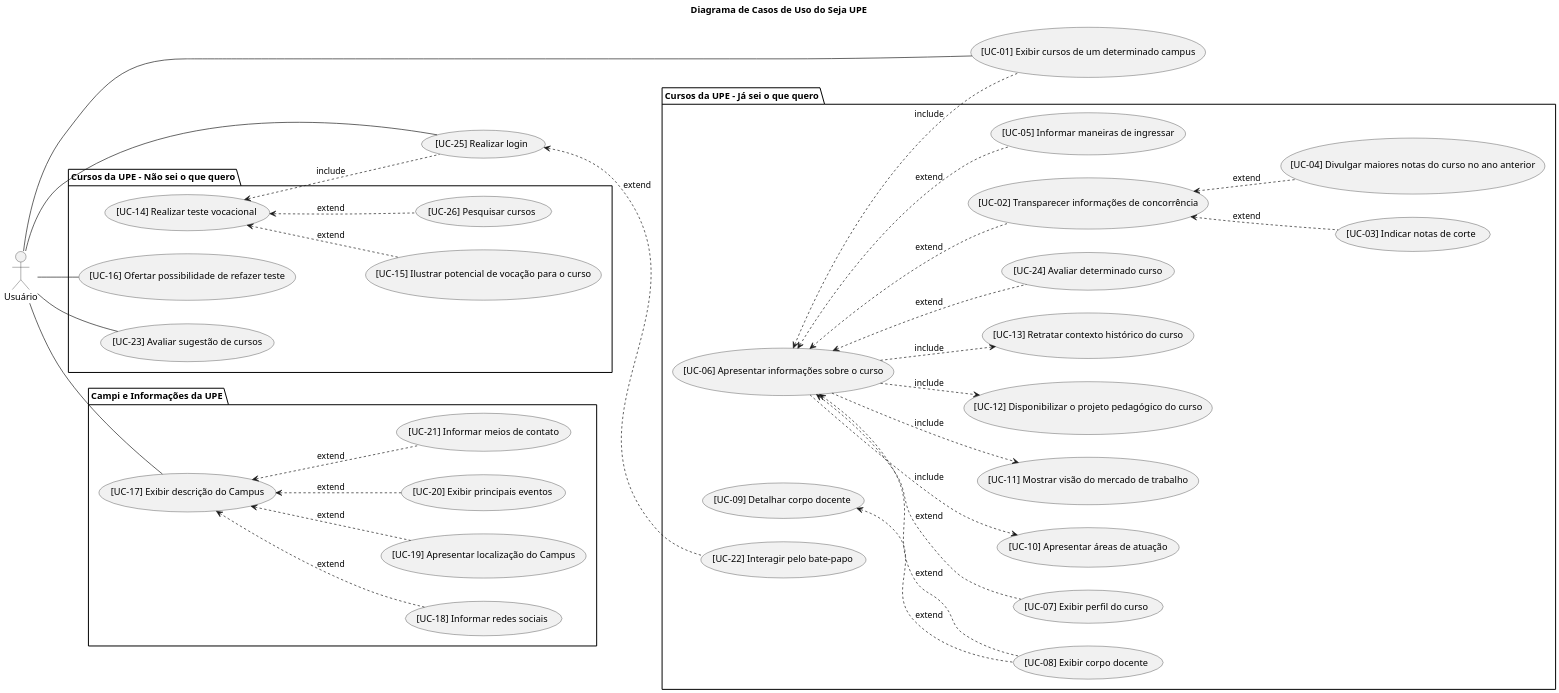
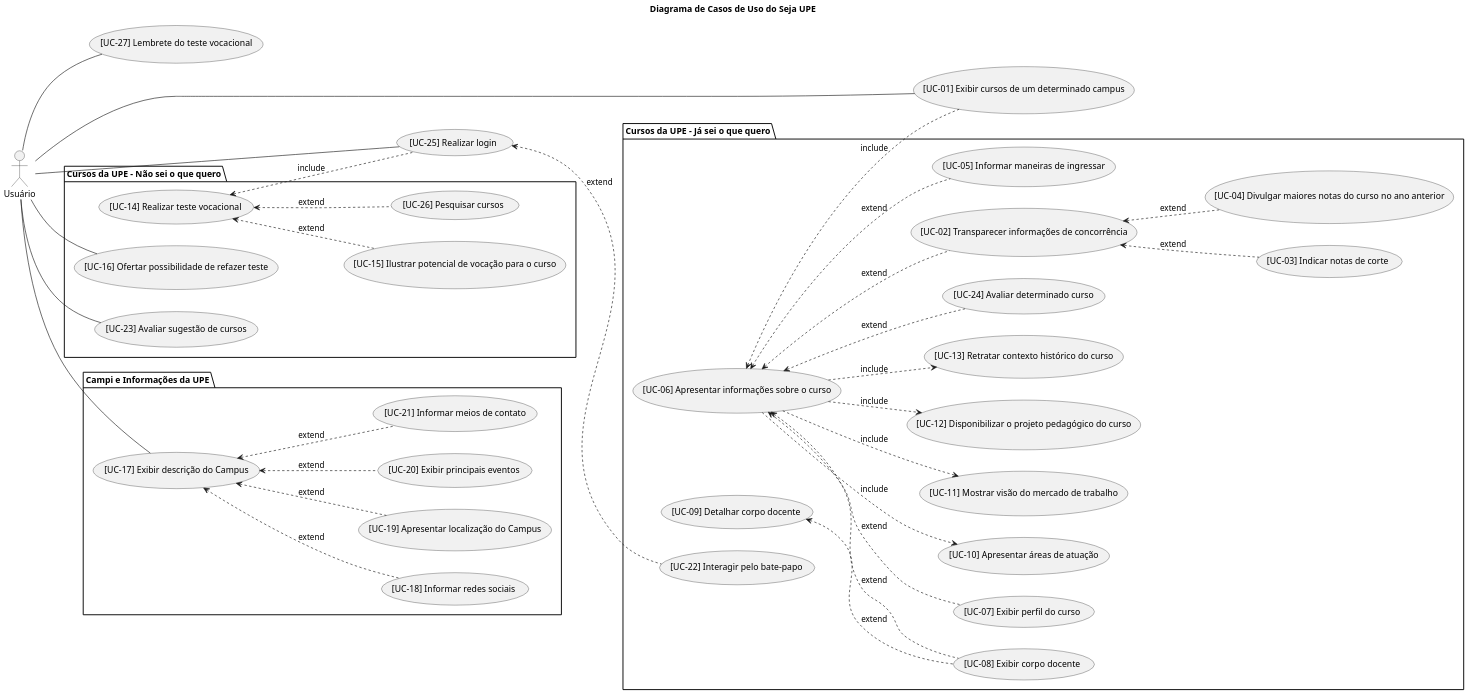
The diagram in src/C1. Visão Geral/C2. Sistema/C3. Aplicação Mobile (Client)/C4. Visão de Caso de Uso/[PUML] Casos de Uso.puml (MurylloEx/Seja-UPE-Docs), drawn with PlantUML before and after one commit. The commit also changed 2 other files, not shown here.

Commit message:
:memo: fix: Missing use case 27 in diagrams.

```diff
--- a/src/C1. Visão Geral/C2. Sistema/C3. Aplicação Mobile (Client)/C4. Visão de Caso de Uso/[PUML] Casos de Uso.puml
+++ b/src/C1. Visão Geral/C2. Sistema/C3. Aplicação Mobile (Client)/C4. Visão de Caso de Uso/[PUML] Casos de Uso.puml
@@ -1,83 +1,85 @@
 @startuml "Use Case Diagram"
 
 title "Diagrama de Casos de Uso do Seja UPE"
 
 left to right direction
 
 skinparam Style strictuml
 
 scale 2048 width
 scale 2048 height
 
 actor "Usuário" as USER
 
+usecase "[UC-27] Lembrete do teste vocacional"                      as UC27
 usecase "[UC-01] Exibir cursos de um determinado campus"            as UC01
 usecase "[UC-25] Realizar login"                                    as UC25
 
 package "Cursos da UPE - Não sei o que quero" {
   usecase "[UC-14] Realizar teste vocacional"                       as UC14
   usecase "[UC-15] Ilustrar potencial de vocação para o curso"      as UC15
   usecase "[UC-16] Ofertar possibilidade de refazer teste"          as UC16
   usecase "[UC-23] Avaliar sugestão de cursos"                      as UC23
   usecase "[UC-26] Pesquisar cursos"                                as UC26
 }
 
 package "Cursos da UPE - Já sei o que quero" {
   usecase "[UC-02] Transparecer informações de concorrência"        as UC02
   usecase "[UC-03] Indicar notas de corte"                          as UC03
   usecase "[UC-04] Divulgar maiores notas do curso no ano anterior" as UC04
   usecase "[UC-05] Informar maneiras de ingressar"                  as UC05
   usecase "[UC-06] Apresentar informações sobre o curso"            as UC06
   usecase "[UC-07] Exibir perfil do curso"                          as UC07
   usecase "[UC-08] Exibir corpo docente"                            as UC08
   usecase "[UC-09] Detalhar corpo docente"                          as UC09
   usecase "[UC-10] Apresentar áreas de atuação"                     as UC10
   usecase "[UC-11] Mostrar visão do mercado de trabalho"            as UC11
   usecase "[UC-12] Disponibilizar o projeto pedagógico do curso"    as UC12
   usecase "[UC-13] Retratar contexto histórico do curso"            as UC13
   usecase "[UC-22] Interagir pelo bate-papo"                        as UC22
   usecase "[UC-24] Avaliar determinado curso"                       as UC24
 }
 
 package "Campi e Informações da UPE" {
   usecase "[UC-17] Exibir descrição do Campus"                      as UC17
   usecase "[UC-18] Informar redes sociais"                          as UC18
   usecase "[UC-19] Apresentar localização do Campus"                as UC19
   usecase "[UC-20] Exibir principais eventos"                       as UC20
   usecase "[UC-21] Informar meios de contato"                       as UC21
 }
 
 USER -- UC25
 USER -- UC01
 USER -- UC16
+USER -- UC27
 USER -- UC23
 USER -- UC17
 
 UC17 <.. UC18 : extend
 UC17 <.. UC19 : extend
 UC17 <.. UC20 : extend
 UC17 <.. UC21 : extend
 
 UC14 <.. UC15 : extend
 UC14 <.. UC26 : extend
 
 UC25 <.. UC22 : extend
 UC14 <.. UC25 : include
 
 UC06 <.. UC01 : include
 UC06 <.. UC05 : extend
 UC06 <.. UC02 : extend
 UC02 <.. UC03 : extend
 UC02 <.. UC04 : extend
 
 UC06 <.. UC24 : extend
 UC06 <.. UC07 : extend
 UC06 <.. UC08 : extend
 UC09 <.. UC08 : extend
 
 UC06 ..> UC10 : include
 UC06 ..> UC11 : include
 UC06 ..> UC12 : include
 UC06 ..> UC13 : include
 
 @enduml
```
